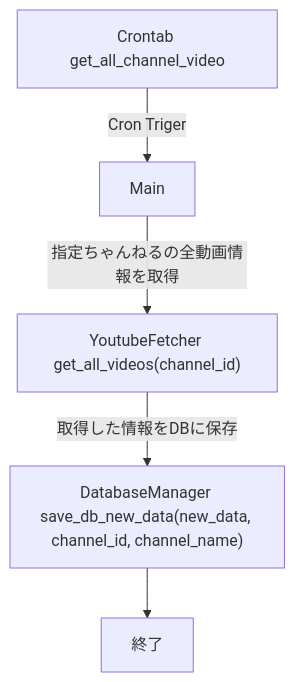
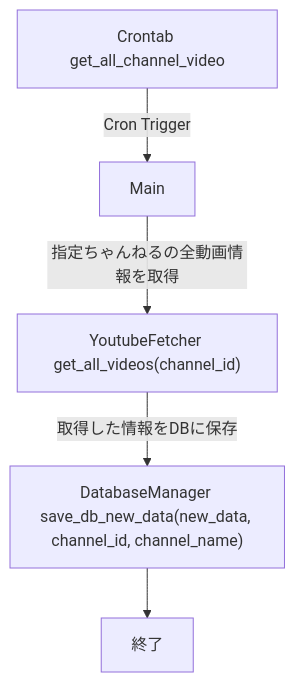
Before and after one commit to hoshimins/youtube_summary_bot: the second of 3 diagrams in document/flowchart.md, drawn with Mermaid. The commit also changed other lines of this file and 1 other file, not shown here.

````diff
--- a/document/flowchart.md
+++ b/document/flowchart.md
@@ -28,8 +28,8 @@
 ```mermaid
 graph TD
 
-Cron["Crontab get_all_channel_video"] -->|Cron Triger| YoutubeSummaryFeed["Main"]
+Cron["Crontab get_all_channel_video"] -->|Cron Trigger| YoutubeSummaryFeed["Main"]
 YoutubeSummaryFeed --> |指定ちゃんねるの全動画情報を取得| YoutubeFetcher["YoutubeFetcher get_all_videos(channel_id)"]
 YoutubeFetcher --> |取得した情報をDBに保存| SaveDB["DatabaseManager save_db_new_data(new_data, channel_id, channel_name)"]
 SaveDB --> End["終了"]
 ```
````
